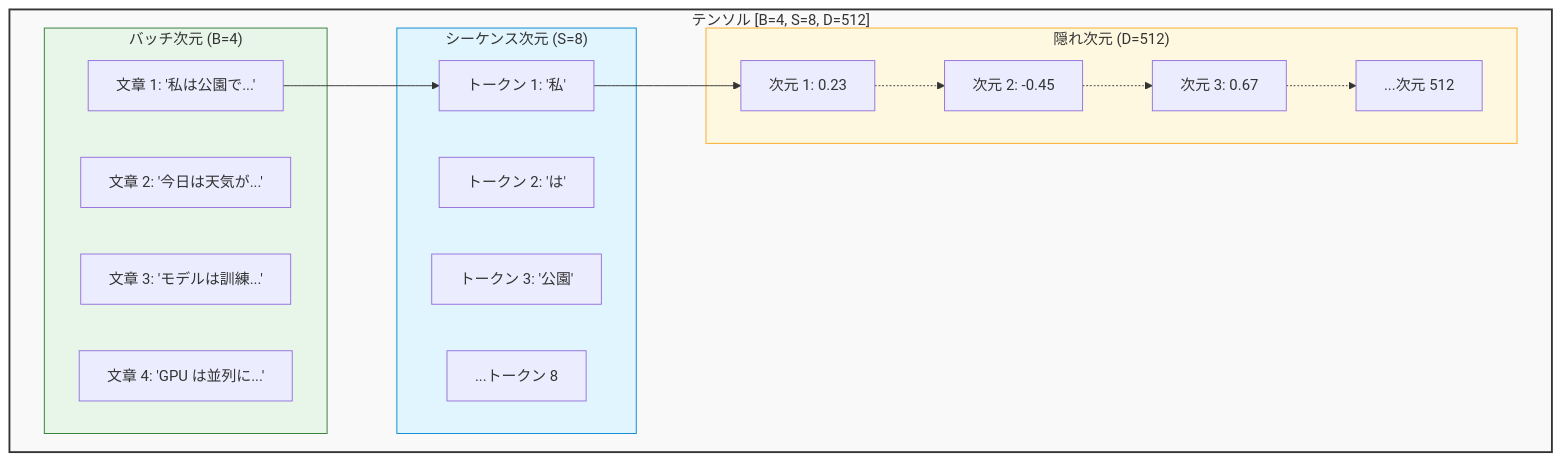
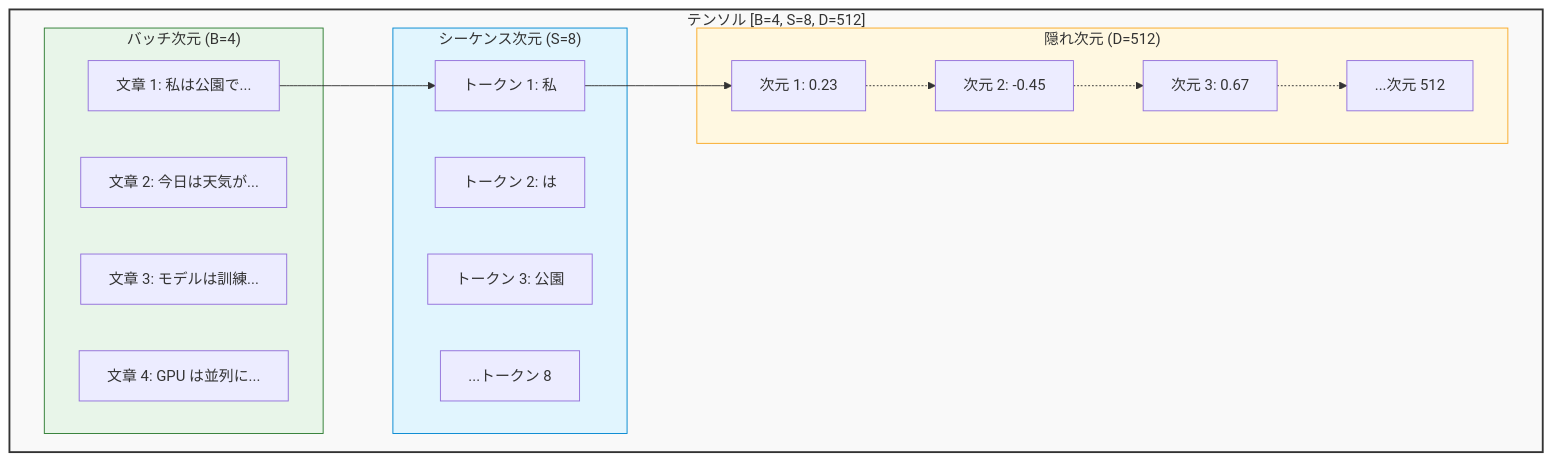
Before and after one commit to littlemex/zenn: the first of 19 diagrams in books/ml-distributed-experiment-collection/transformer-distributed-parallelism.md, drawn with Mermaid. The commit also changed other lines of this file, not shown here.

````diff
--- a/books/ml-distributed-experiment-collection/transformer-distributed-parallelism.md
+++ b/books/ml-distributed-experiment-collection/transformer-distributed-parallelism.md
@@ -40,36 +48,36 @@
 ```mermaid
 graph TB
     subgraph tensor ["テンソル [B=4, S=8, D=512]"]
         subgraph batch ["バッチ次元 (B=4)"]
-            B1["文章 1: '私は公園で...'"]
-            B2["文章 2: '今日は天気が...'"]
-            B3["文章 3: 'モデルは訓練...'"]
-            B4["文章 4: 'GPU は並列に...'"]
+            B1["文章 1: 私は公園で..."]
+            B2["文章 2: 今日は天気が..."]
+            B3["文章 3: モデルは訓練..."]
+            B4["文章 4: GPU は並列に..."]
         end
 
         subgraph seq ["シーケンス次元 (S=8)"]
-            S1["トークン 1: '私'"]
-            S2["トークン 2: 'は'"]
-            S3["トークン 3: '公園'"]
+            S1["トークン 1: 私"]
+            S2["トークン 2: は"]
+            S3["トークン 3: 公園"]
             S8["...トークン 8"]
         end
 
         subgraph hidden ["隠れ次元 (D=512)"]
             D1["次元 1: 0.23"]
             D2["次元 2: -0.45"]
             D3["次元 3: 0.67"]
             D512["...次元 512"]
         end
 
         B1 --> S1
         S1 --> D1
         D1 -.-> D2
         D2 -.-> D3
         D3 -.-> D512
     end
 
     style tensor fill: #f9f9f9,stroke: #333,stroke-width:2px
     style batch fill: #e8f5e9,stroke: #2e7d32
     style seq fill: #e1f5fe,stroke: #0288d1
     style hidden fill: #fff8e1,stroke: #f9a825
 ```
````
